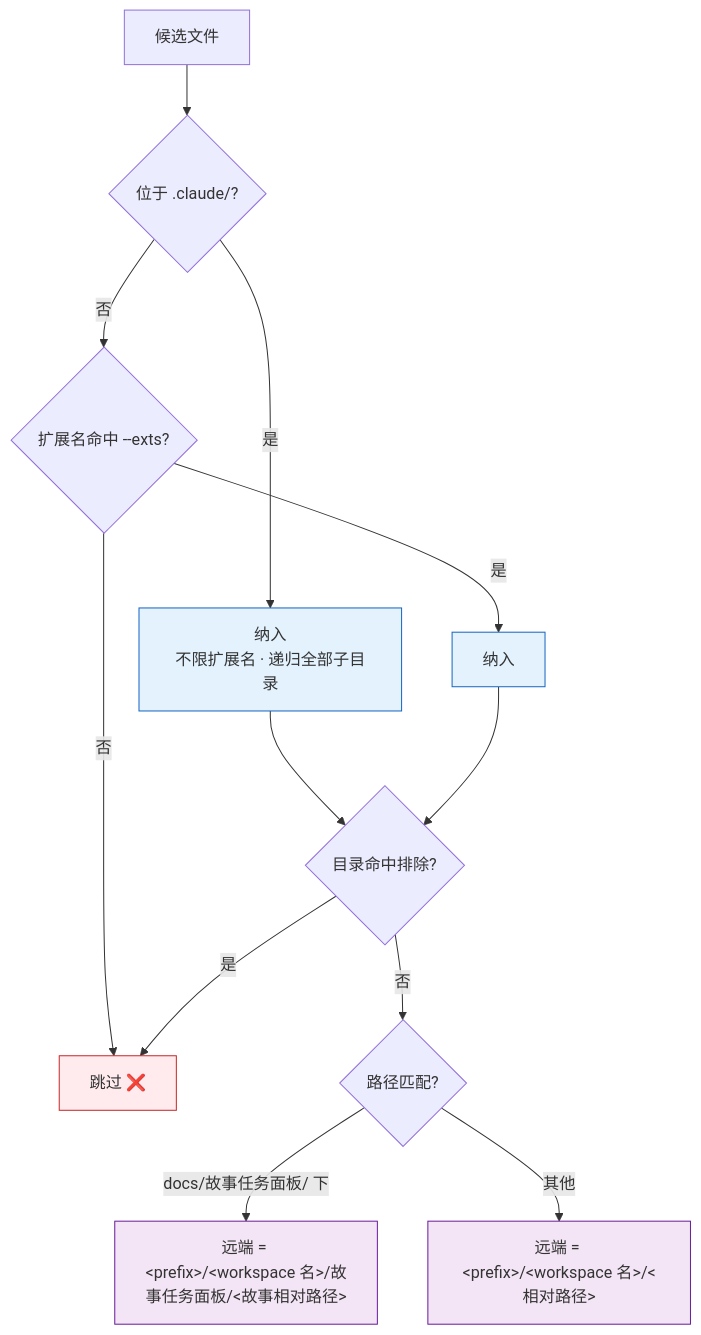
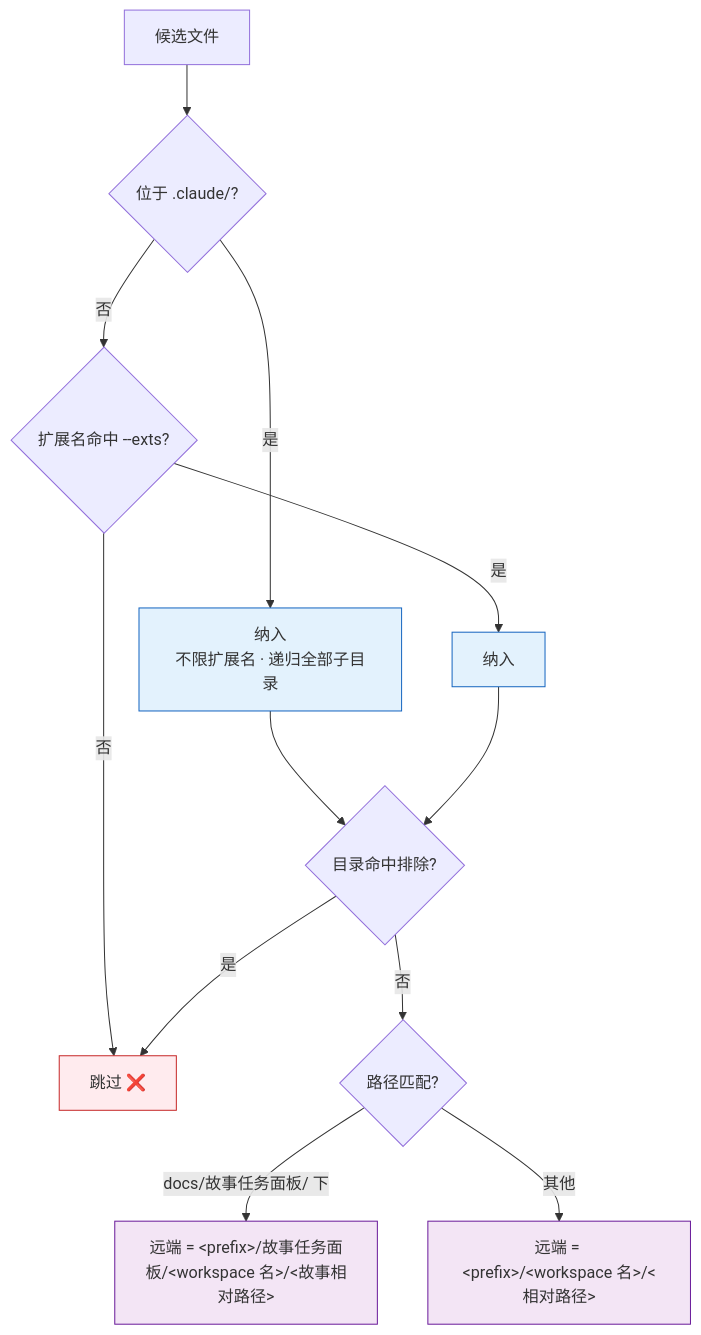
One commit to effiy/YrY changed the second of 8 diagrams in skills/import-docs/SKILL.md. Above: the diagram before and after it, drawn with Mermaid. The commit also changed other lines of this file and 3 other files, not shown here.

````diff
--- a/skills/import-docs/SKILL.md
+++ b/skills/import-docs/SKILL.md
@@ -59,17 +59,17 @@
 ```mermaid
 flowchart TD
     FILE["候选文件"] --> Q1{"位于 .claude/?"}
     Q1 -->|"是"| ALL["纳入<br/>不限扩展名 · 递归全部子目录"]:::rule
     Q1 -->|"否"| EXT{"扩展名命中 --exts?"}
     EXT -->|"是"| KEEP["纳入"]:::rule
     EXT -->|"否"| SKIP["跳过 ❌"]:::skip
     ALL & KEEP --> Q2{"目录命中排除?"}
     Q2 -->|"是"| SKIP
     Q2 -->|"否"| Q3{"路径匹配?"}
-    Q3 -->|"docs/故事任务面板/ 下"| PATH1["远端 = &lt;prefix&gt;/&lt;workspace 名&gt;/故事任务面板/&lt;故事相对路径&gt;"]:::path
+    Q3 -->|"docs/故事任务面板/ 下"| PATH1["远端 = &lt;prefix&gt;/故事任务面板/&lt;workspace 名&gt;/&lt;故事相对路径&gt;"]:::path
     Q3 -->|"其他"| PATH2["远端 = &lt;prefix&gt;/&lt;workspace 名&gt;/&lt;相对路径&gt;"]:::path
 
     classDef rule fill:#e3f2fd,stroke:#1565c0;
     classDef skip fill:#ffebee,stroke:#c62828;
     classDef path fill:#f3e5f5,stroke:#6a1b9a;
 ```
````
